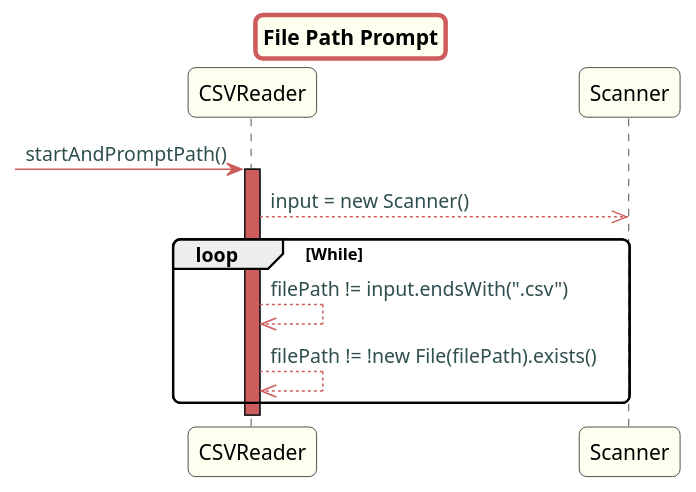
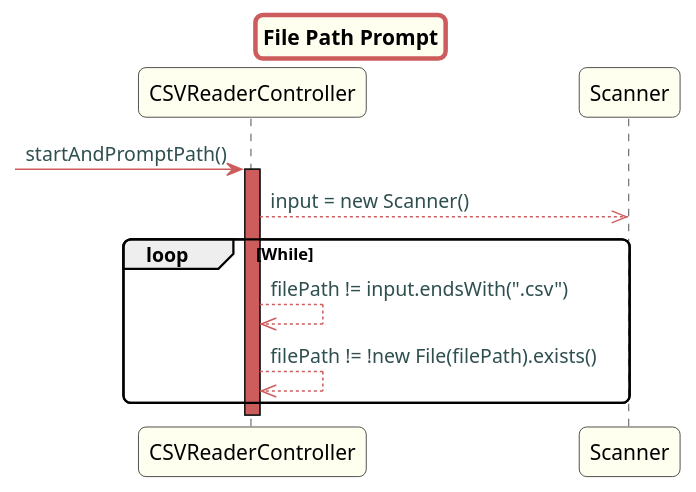
Before and after one commit to Almadanmp/project: the diagram in src/doc/Controllers/HouseConfiguration/US20/US20FilePathPrompt.puml, drawn with PlantUML. The commit also changed 6 other files, not shown here.

Commit message:
Ref #160 Updates all US UML Diagrams for new Controller Class

```diff
--- a/src/doc/Controllers/HouseConfiguration/US20/US20FilePathPrompt.puml
+++ b/src/doc/Controllers/HouseConfiguration/US20/US20FilePathPrompt.puml
@@ -1,45 +1,45 @@
 @startuml
 
 title File Path Prompt
 
 skinparam titleBorderRoundCorner 10
 skinparam titleBorderThickness 3
 skinparam titleBorderColor indianred
 skinparam titleBackgroundColor ivory
 skinparam FontName quicksand
 
 skinparam actor {
   BorderColor indianred
   }
 
 skinparam sequence {
   LifeLineBackgroundColor indianred
   ParticipantBackgroundColor ivory
 }
 
 skinparam roundcorner 10
 
 skinparam component {
   arrowThickness 1
   ArrowFontName Verdana
   ArrowColor indianred
   ArrowFontColor darkslategrey
 }
 
 
 
--> CSVReader: startAndPromptPath()
-activate CSVReader
-CSVReader -->> Scanner: input = new Scanner()
+-> CSVReaderController: startAndPromptPath()
+activate CSVReaderController
+CSVReaderController -->> Scanner: input = new Scanner()
 
 loop While
 
-CSVReader -->> CSVReader: filePath != input.endsWith(".csv")
-CSVReader -->> CSVReader: filePath != !new File(filePath).exists()
+CSVReaderController -->> CSVReaderController: filePath != input.endsWith(".csv")
+CSVReaderController -->> CSVReaderController: filePath != !new File(filePath).exists()
 
 
 end
 
 
 
 @enduml
```
